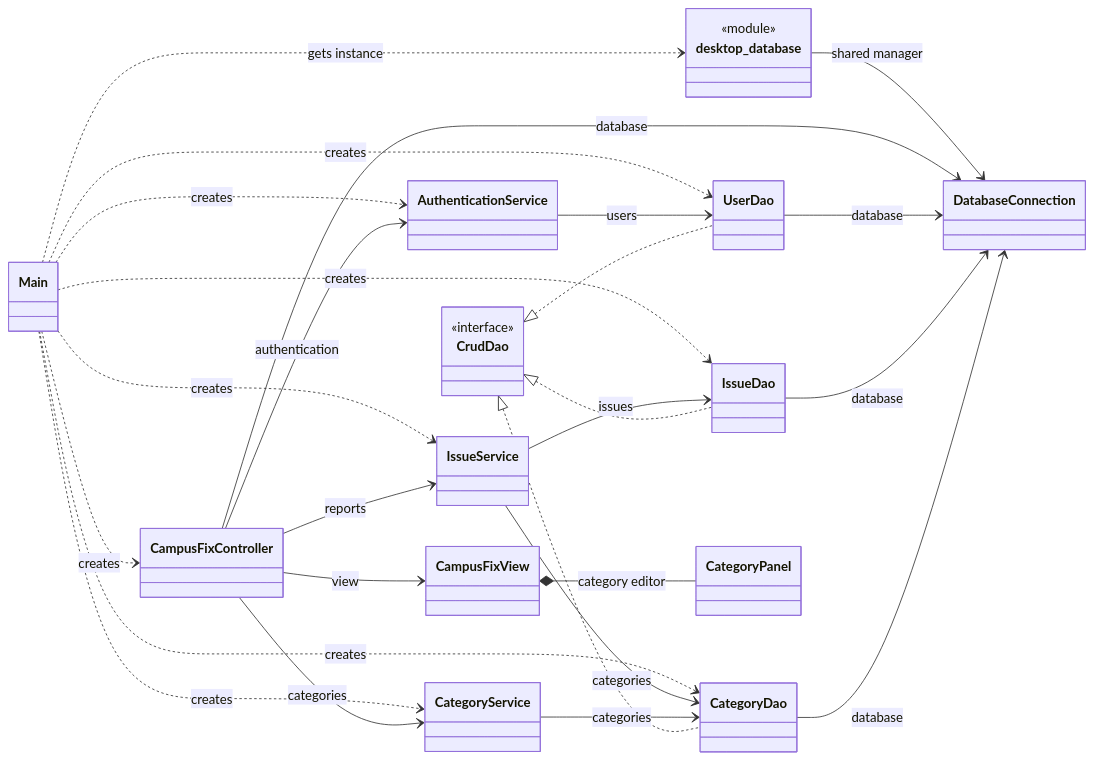
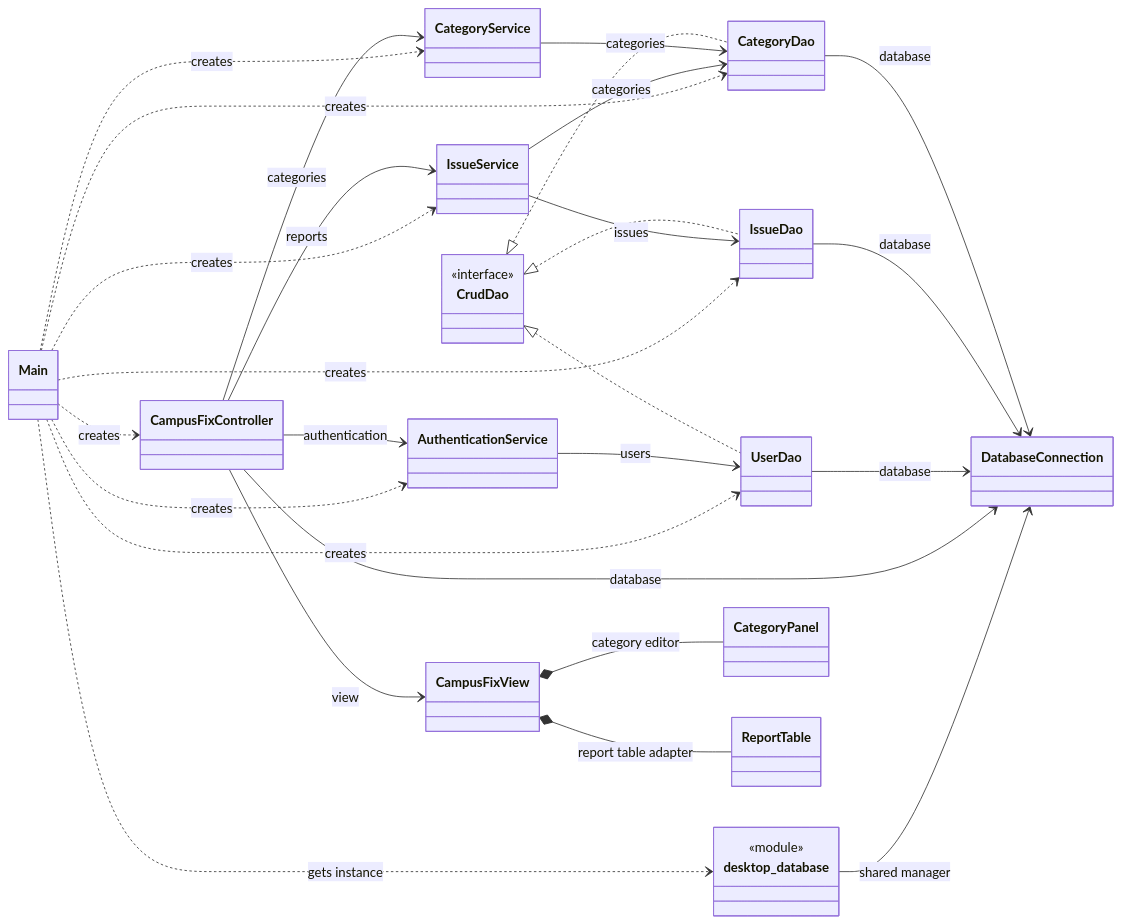
One commit to dfernq/inso-2026-2027-campus-fix changed the diagram in docs/python-desktop.md. Above: the diagram before and after it, drawn with Mermaid. The commit also changed other lines of this file and 3 other files, not shown here.

````diff
--- a/docs/python-desktop.md
+++ b/docs/python-desktop.md
@@ -103,35 +115,36 @@
 ```mermaid
 classDiagram
     direction LR
     class CrudDao {
         <<interface>>
     }
     class desktop_database {
         <<module>>
     }
     Main ..> CampusFixController : creates
     Main ..> desktop_database : gets instance
     desktop_database --> DatabaseConnection : shared manager
     Main ..> AuthenticationService : creates
     Main ..> UserDao : creates
     Main ..> IssueService : creates
     Main ..> IssueDao : creates
     Main ..> CategoryService : creates
     Main ..> CategoryDao : creates
     CampusFixController --> CampusFixView : view
     CampusFixController --> DatabaseConnection : database
     CampusFixController --> AuthenticationService : authentication
     CampusFixController --> IssueService : reports
     CampusFixController --> CategoryService : categories
     CampusFixView *-- CategoryPanel : category editor
+    CampusFixView *-- ReportTable : report table adapter
     AuthenticationService --> UserDao : users
     IssueService --> IssueDao : issues
     IssueService --> CategoryDao : categories
     CategoryService --> CategoryDao : categories
     UserDao --> DatabaseConnection : database
     IssueDao --> DatabaseConnection : database
     CategoryDao --> DatabaseConnection : database
     CrudDao <|.. UserDao
     CrudDao <|.. IssueDao
     CrudDao <|.. CategoryDao
 ```
````
